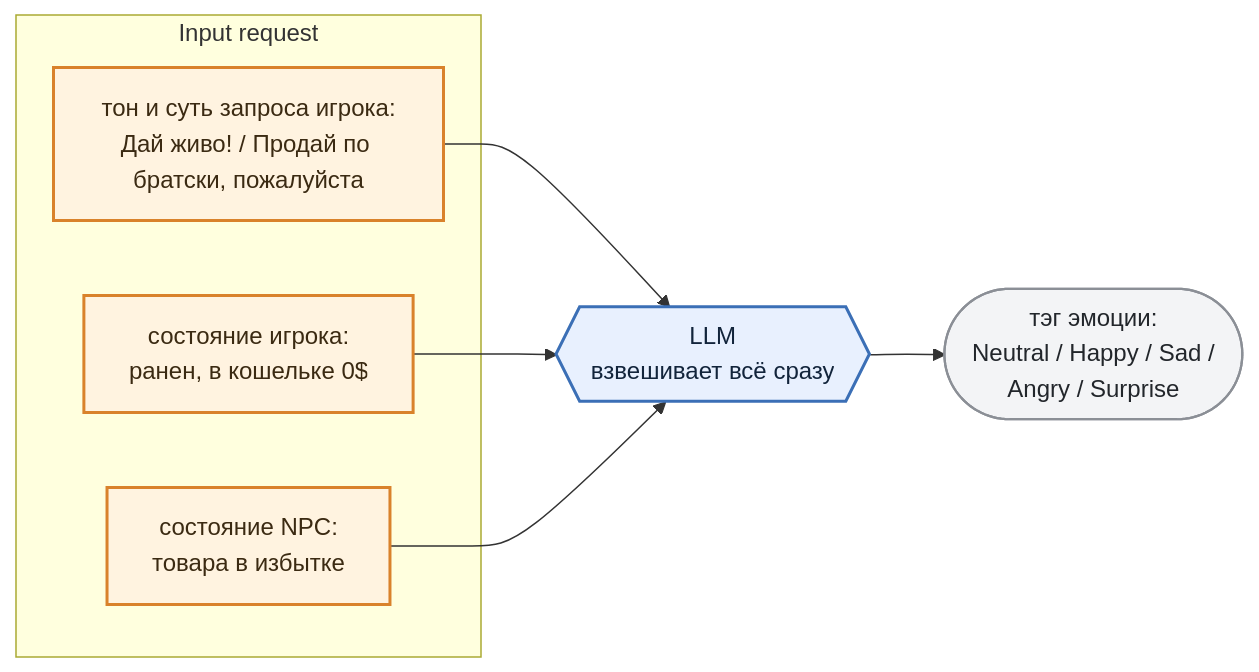
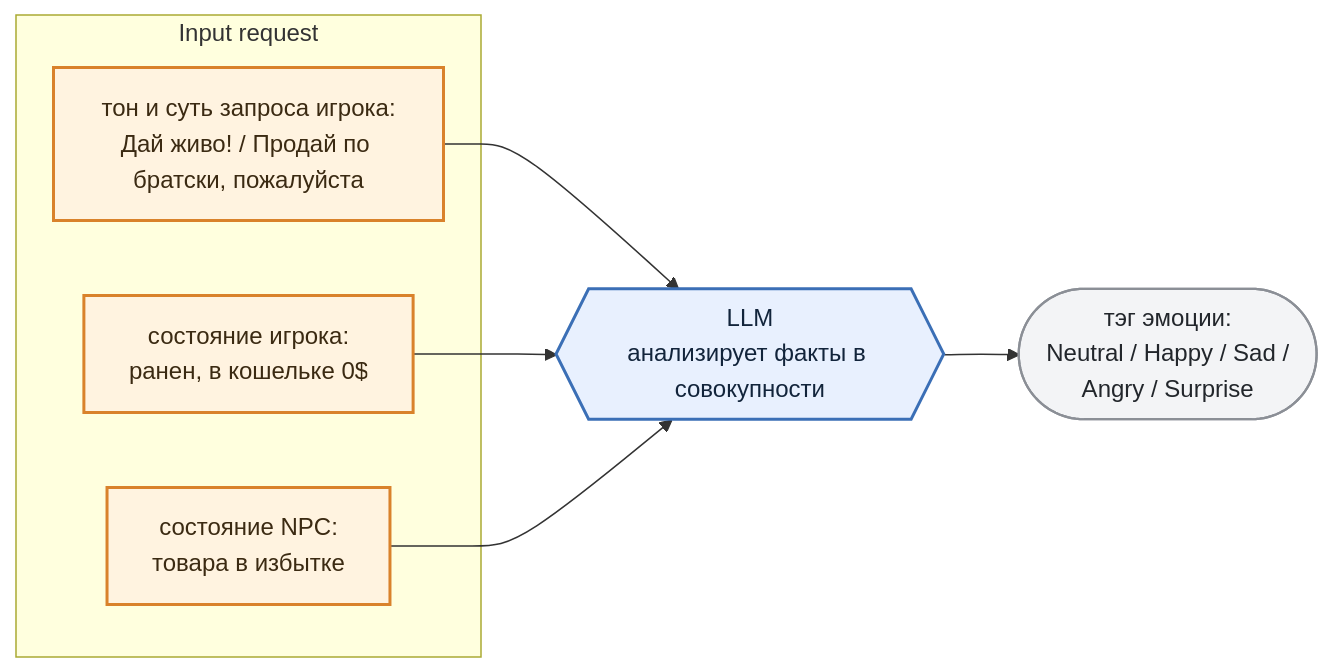
Before and after one commit to MimusTriurus/ullama_demo: the first of 2 diagrams in docs/parts/section-03-emotions.md, drawn with Mermaid. The commit also changed other lines of this file and 5 other files, not shown here.

````diff
--- a/docs/parts/section-03-emotions.md
+++ b/docs/parts/section-03-emotions.md
@@ -5,25 +5,25 @@
 ```mermaid
 flowchart LR
     subgraph in["Input request"]
         TONE["тон и суть запроса игрока:<br/>Дай живо! / Продай по братски, пожалуйста"]
         US["состояние игрока:<br/>ранен, в кошельке 0$"]
         NS["состояние NPC:<br/>товара в избытке"]
     end
 
-    LLM{{"LLM<br/>взвешивает всё сразу"}}
+    LLM{{"LLM<br/>анализирует факты в совокупности"}}
 
     TAG(["тэг эмоции:<br/>Neutral / Happy / Sad /<br/>Angry / Surprise"])
 
     TONE --> LLM
     US --> LLM
     NS --> LLM
     LLM --> TAG
 
     classDef state fill:#fff3e0,stroke:#d9822b,stroke-width:2px,color:#3b2a12
     classDef engine fill:#e8f0fe,stroke:#3b6fb6,stroke-width:2px,color:#12243b
     classDef edge fill:#f3f4f6,stroke:#8b8f96,stroke-width:1.5px,color:#22262b
 
     class TONE,US,NS state
     class LLM engine
     class TAG edge
 ```
````
